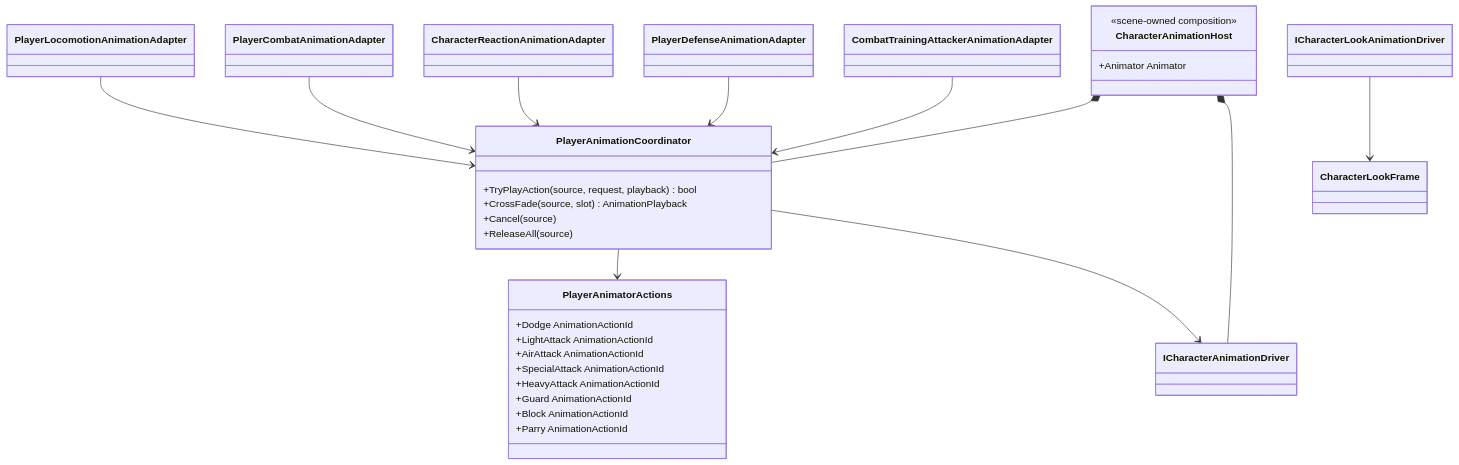
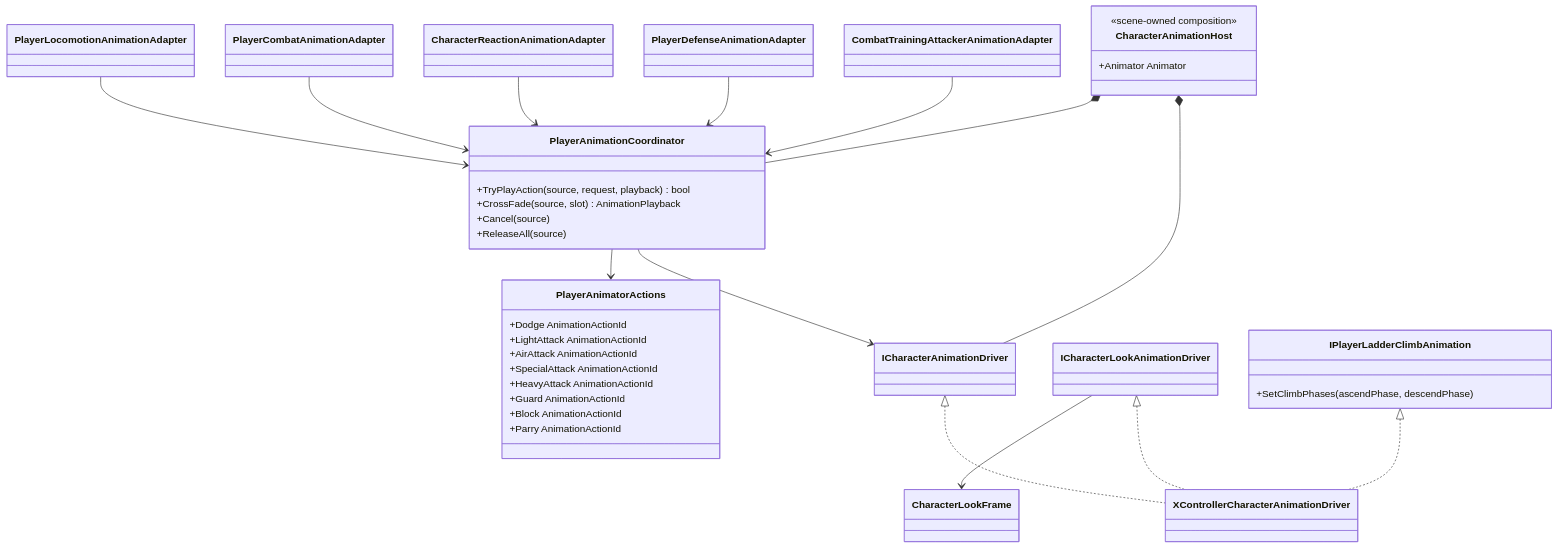
Before and after one commit to MaximFonariuc/project-s: the diagram in Assets/_App/Core/Runtime/Character/AnimationController/README.md, drawn with Mermaid. The commit also changed other lines of this file and 3 other files, not shown here.

Commit message:
docs(traversal): record the phase-driven ladder loops, the hang blend and the rung contact grip

````diff
--- a/Assets/_App/Core/Runtime/Character/AnimationController/README.md
+++ b/Assets/_App/Core/Runtime/Character/AnimationController/README.md
@@ -8,42 +8,49 @@
 ```mermaid
 classDiagram
     class PlayerAnimatorActions {
         +Dodge AnimationActionId
         +LightAttack AnimationActionId
         +AirAttack AnimationActionId
         +SpecialAttack AnimationActionId
         +HeavyAttack AnimationActionId
         +Guard AnimationActionId
         +Block AnimationActionId
         +Parry AnimationActionId
     }
     class PlayerAnimationCoordinator {
         +TryPlayAction(source, request, playback) bool
         +CrossFade(source, slot) AnimationPlayback
         +Cancel(source)
         +ReleaseAll(source)
     }
     class CharacterAnimationHost {
         <<scene-owned composition>>
         +Animator Animator
     }
     class ICharacterAnimationDriver
     class ICharacterLookAnimationDriver
+    class IPlayerLadderClimbAnimation {
+        +SetClimbPhases(ascendPhase, descendPhase)
+    }
+    class XControllerCharacterAnimationDriver
     class CharacterLookFrame
     class PlayerLocomotionAnimationAdapter
     class PlayerCombatAnimationAdapter
     class CharacterReactionAnimationAdapter
     class PlayerDefenseAnimationAdapter
     class CombatTrainingAttackerAnimationAdapter
 
     PlayerLocomotionAnimationAdapter --> PlayerAnimationCoordinator
     PlayerCombatAnimationAdapter --> PlayerAnimationCoordinator
     CharacterReactionAnimationAdapter --> PlayerAnimationCoordinator
     PlayerDefenseAnimationAdapter --> PlayerAnimationCoordinator
     CombatTrainingAttackerAnimationAdapter --> PlayerAnimationCoordinator
     CharacterAnimationHost *-- PlayerAnimationCoordinator
     CharacterAnimationHost *-- ICharacterAnimationDriver
     PlayerAnimationCoordinator --> PlayerAnimatorActions
     PlayerAnimationCoordinator --> ICharacterAnimationDriver
     ICharacterLookAnimationDriver --> CharacterLookFrame
+    ICharacterAnimationDriver <|.. XControllerCharacterAnimationDriver
+    ICharacterLookAnimationDriver <|.. XControllerCharacterAnimationDriver
+    IPlayerLadderClimbAnimation <|.. XControllerCharacterAnimationDriver
 ```
````
